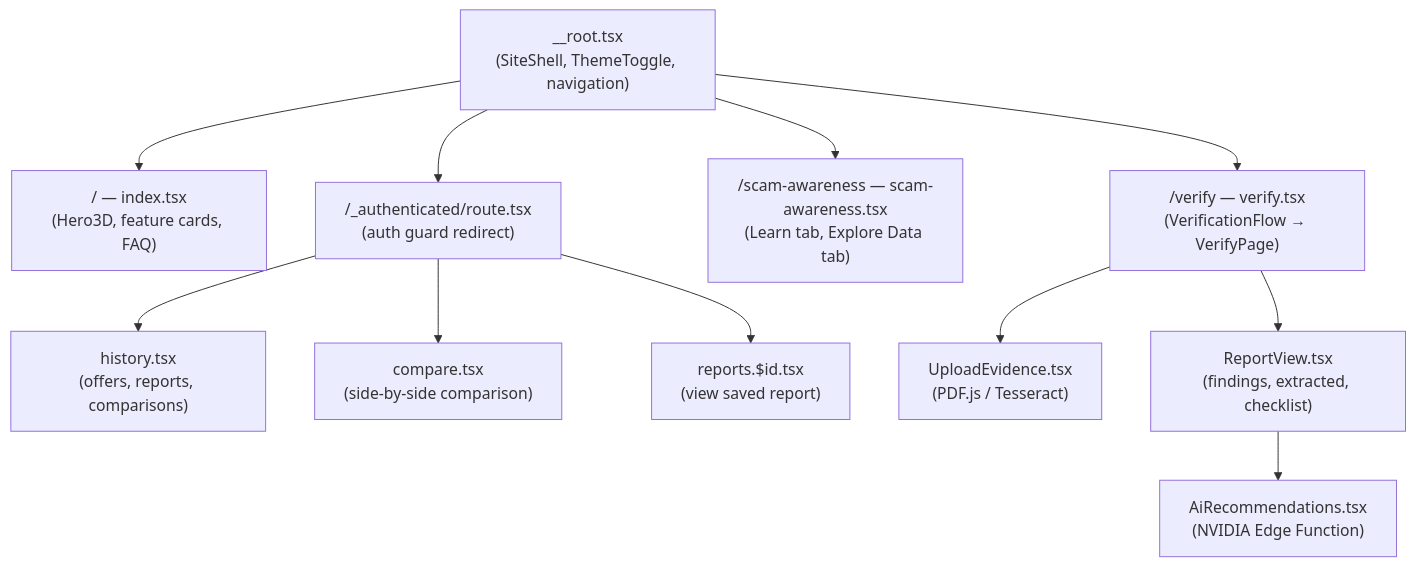
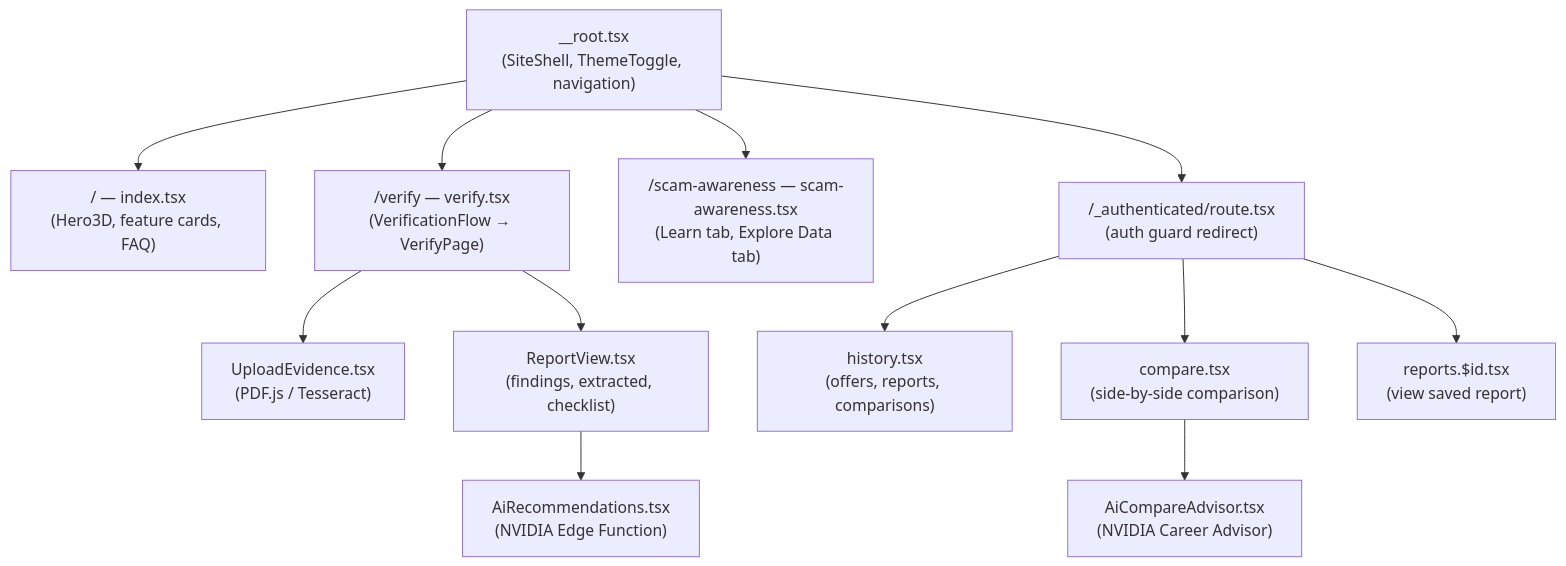
One commit to Dikshu-Grover/OfferProof-mmc changed the first of 2 diagrams in README.md. Above: the diagram before and after it, drawn with Mermaid. The commit also changed other lines of this file and 15 other files, not shown here.

````diff
--- a/README.md
+++ b/README.md
@@ -151,17 +152,18 @@
 ```mermaid
 flowchart TD
     ROOT["__root.tsx\n(SiteShell, ThemeToggle, navigation)"]
 
     ROOT --> INDEX["/ — index.tsx\n(Hero3D, feature cards, FAQ)"]
     ROOT --> VERIFY["/verify — verify.tsx\n(VerificationFlow → VerifyPage)"]
     ROOT --> AWARE["/scam-awareness — scam-awareness.tsx\n(Learn tab, Explore Data tab)"]
     ROOT --> AUTH_ROUTE["/_authenticated/route.tsx\n(auth guard redirect)"]
 
     AUTH_ROUTE --> HISTORY["history.tsx\n(offers, reports, comparisons)"]
     AUTH_ROUTE --> COMPARE["compare.tsx\n(side-by-side comparison)"]
+    COMPARE --> AI_ADVISOR["AiCompareAdvisor.tsx\n(NVIDIA Career Advisor)"]
     AUTH_ROUTE --> REPORT_VIEW["reports.$id.tsx\n(view saved report)"]
 
     VERIFY --> UPLOAD["UploadEvidence.tsx\n(PDF.js / Tesseract)"]
     VERIFY --> REPORT_VIEW2["ReportView.tsx\n(findings, extracted, checklist)"]
     REPORT_VIEW2 --> AI_REC["AiRecommendations.tsx\n(NVIDIA Edge Function)"]
 ```
````
